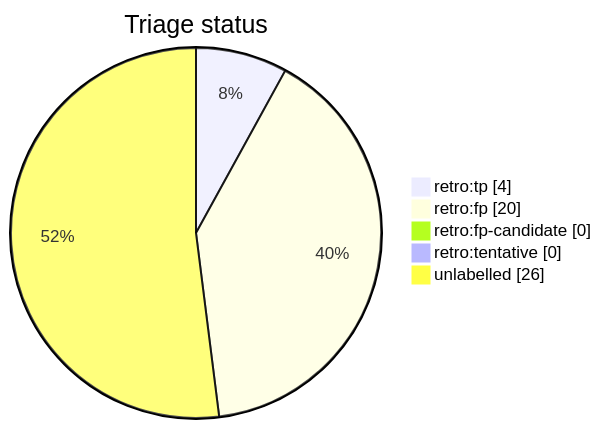
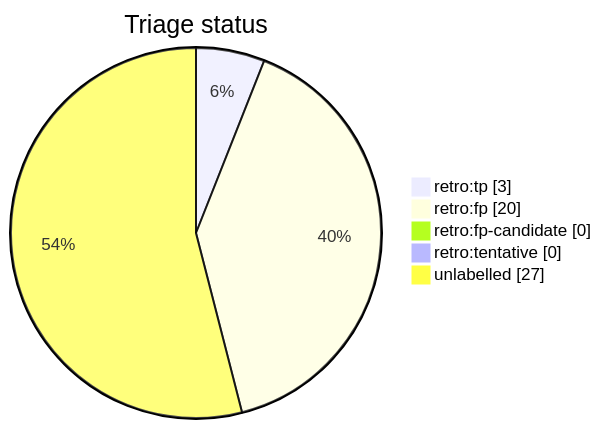
The diagram in docs/generated/scripts/auto-retro-triage-report.md (tvna/claude-md), drawn with Mermaid before and after one commit. The commit also changed other lines of this file, not shown here.

First line of the commit message:
chore(auto-retro): refresh triage report

````diff
--- a/docs/generated/scripts/auto-retro-triage-report.md
+++ b/docs/generated/scripts/auto-retro-triage-report.md
@@ -15,9 +15,9 @@
 ```mermaid
 pie showData
     title Triage status
-    "retro:tp" : 4
+    "retro:tp" : 3
     "retro:fp" : 20
     "retro:fp-candidate" : 0
     "retro:tentative" : 0
-    "unlabelled" : 26
+    "unlabelled" : 27
 ```
````
